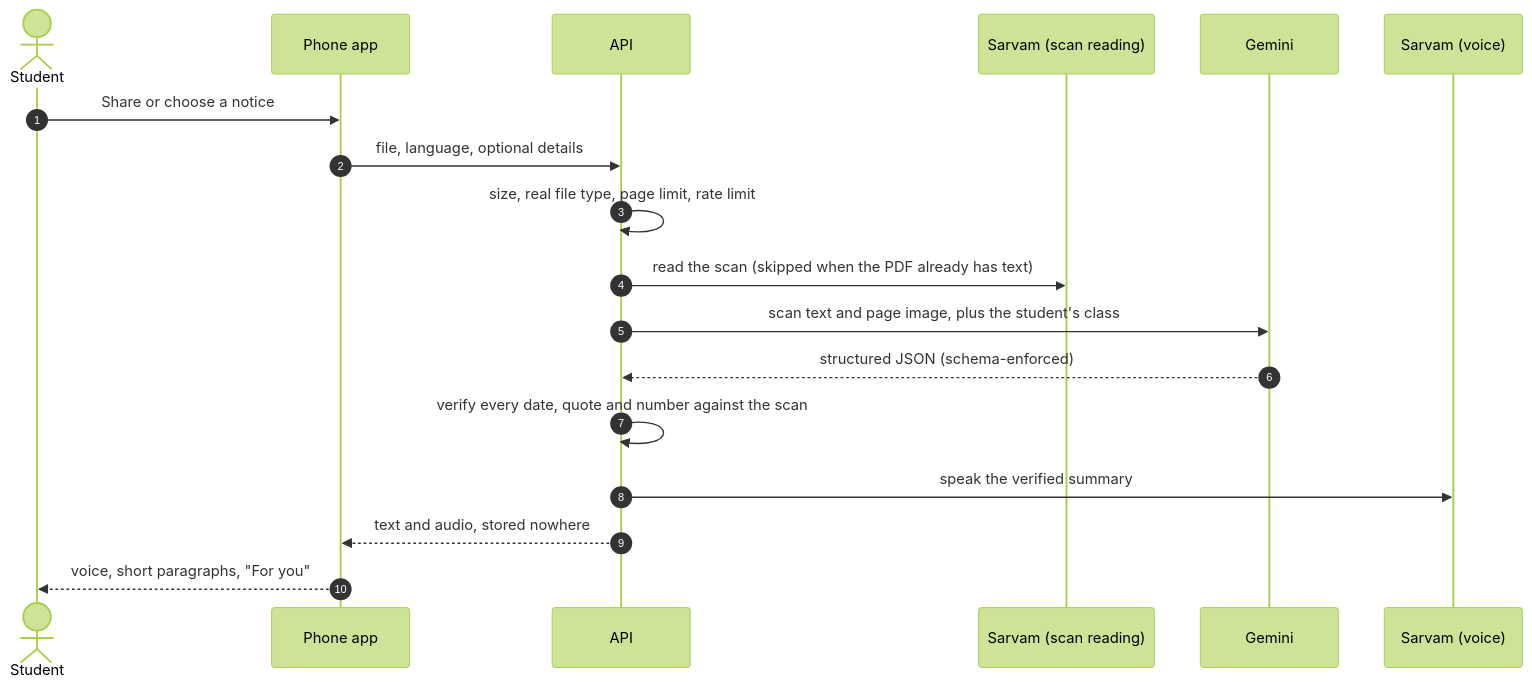
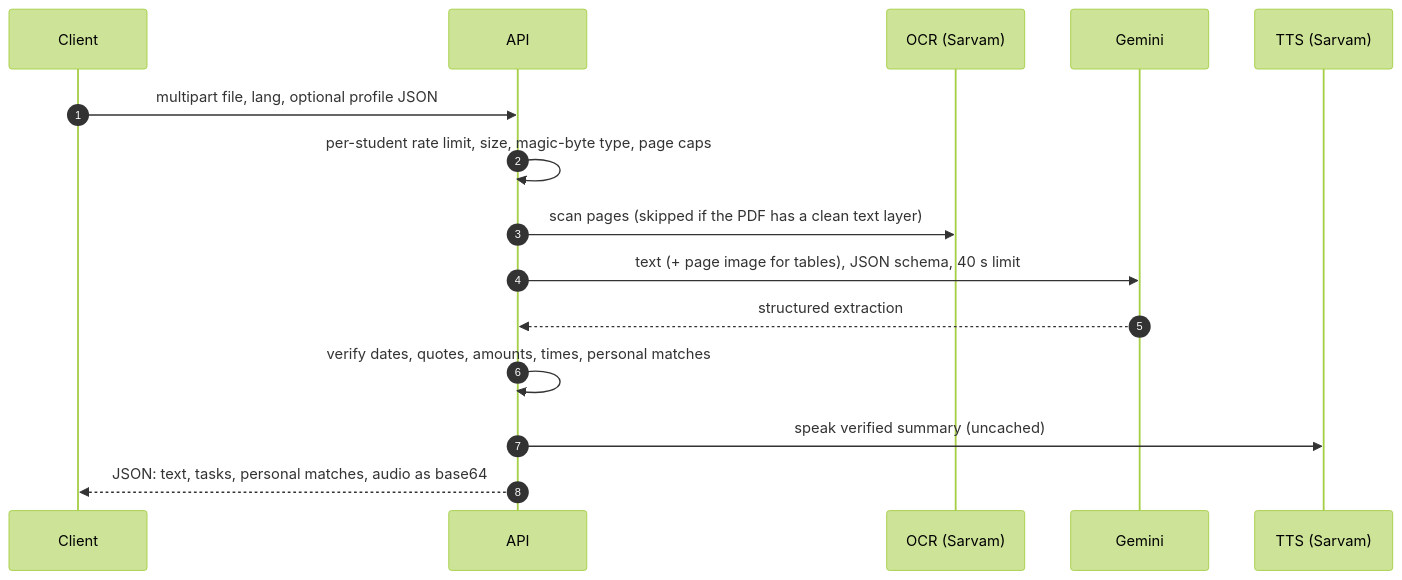
Before and after one commit to siddhi-works/temp: the second of 4 diagrams in README.md, drawn with Mermaid (forest theme). The commit also changed other lines of this file and 34 other files, not shown here.

````diff
--- a/README.md
+++ b/README.md
@@ -75,20 +45,17 @@
 ```mermaid
 sequenceDiagram
   autonumber
-  actor S as Student
-  participant P as Phone app
+  participant C as Client
   participant A as API
-  participant O as Sarvam (scan reading)
+  participant O as OCR (Sarvam)
   participant G as Gemini
-  participant V as Sarvam (voice)
-  S->>P: Share or choose a notice
-  P->>A: file, language, optional details
-  A->>A: size, real file type, page limit, rate limit
-  A->>O: read the scan (skipped when the PDF already has text)
-  A->>G: scan text and page image, plus the student's class
-  G-->>A: structured JSON (schema-enforced)
-  A->>A: verify every date, quote and number against the scan
-  A->>V: speak the verified summary
-  A-->>P: text and audio, stored nowhere
-  P-->>S: voice, short paragraphs, "For you"
+  participant T as TTS (Sarvam)
+  C->>A: multipart file, lang, optional profile JSON
+  A->>A: per-student rate limit, size, magic-byte type, page caps
+  A->>O: scan pages (skipped if the PDF has a clean text layer)
+  A->>G: text (+ page image for tables), JSON schema, 40 s limit
+  G-->>A: structured extraction
+  A->>A: verify dates, quotes, amounts, times, personal matches
+  A->>T: speak verified summary (uncached)
+  A-->>C: JSON: text, tasks, personal matches, audio as base64
 ```
````
